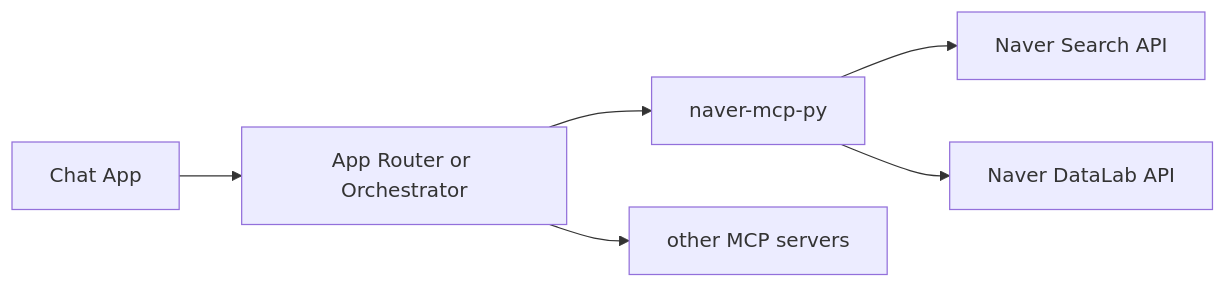
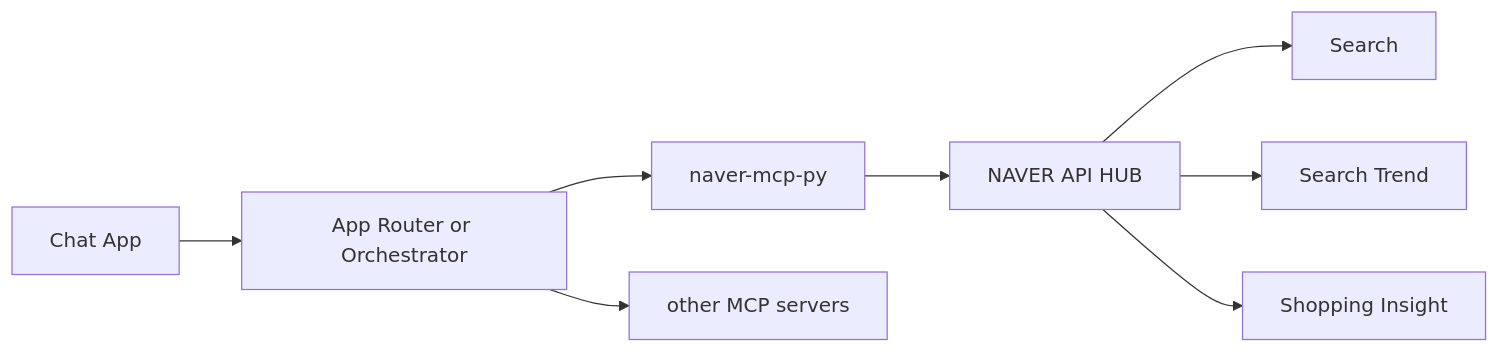
The diagram in docs/ARCHITECTURE.md (swift-man/naver-mcp-py), drawn with Mermaid before and after one commit. The commit also changed other lines of this file and 23 other files, not shown here.

First line of the commit message:
feat. NAVER API HUB 전환 및 MCP 계약 강화

````diff
--- a/docs/ARCHITECTURE.md
+++ b/docs/ARCHITECTURE.md
@@ -27,8 +27,10 @@
 ```mermaid
 flowchart LR
     A["Chat App"] --> B["App Router or Orchestrator"]
     B --> C["naver-mcp-py"]
     B --> D["other MCP servers"]
-    C --> E["Naver Search API"]
-    C --> F["Naver DataLab API"]
+    C --> E["NAVER API HUB"]
+    E --> F["Search"]
+    E --> G["Search Trend"]
+    E --> H["Shopping Insight"]
 ```
````
